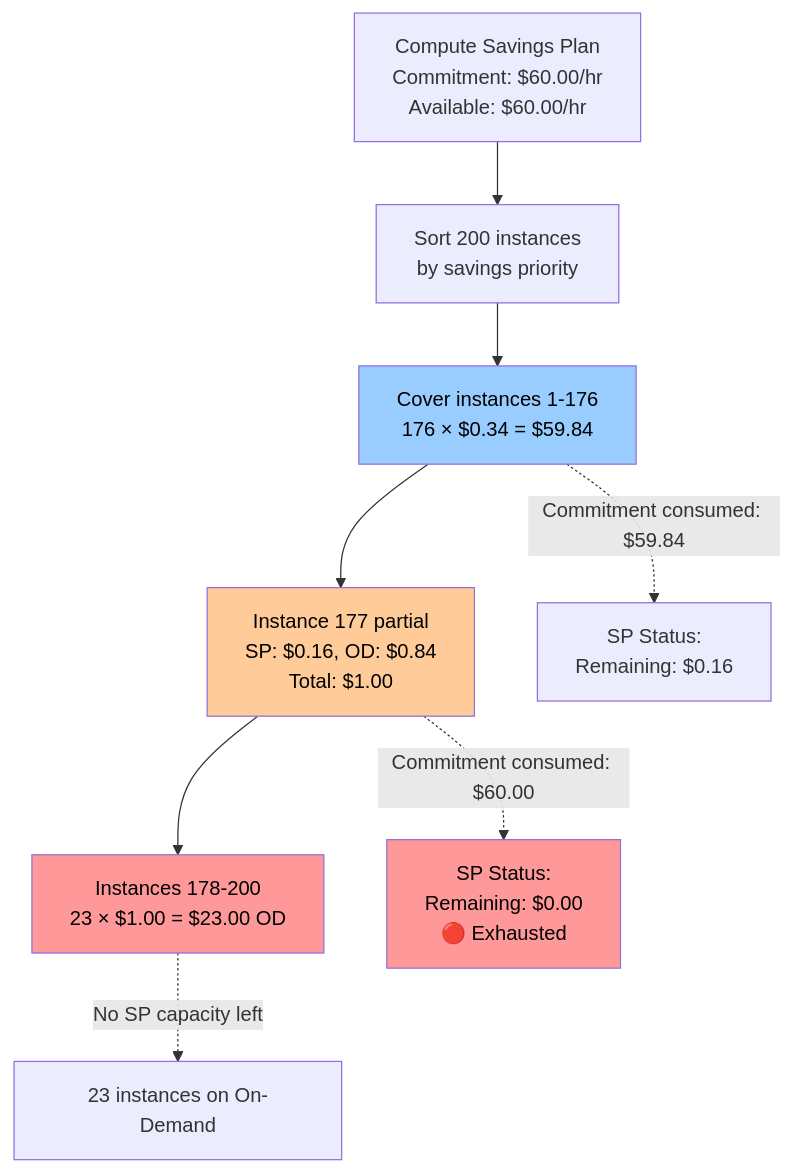
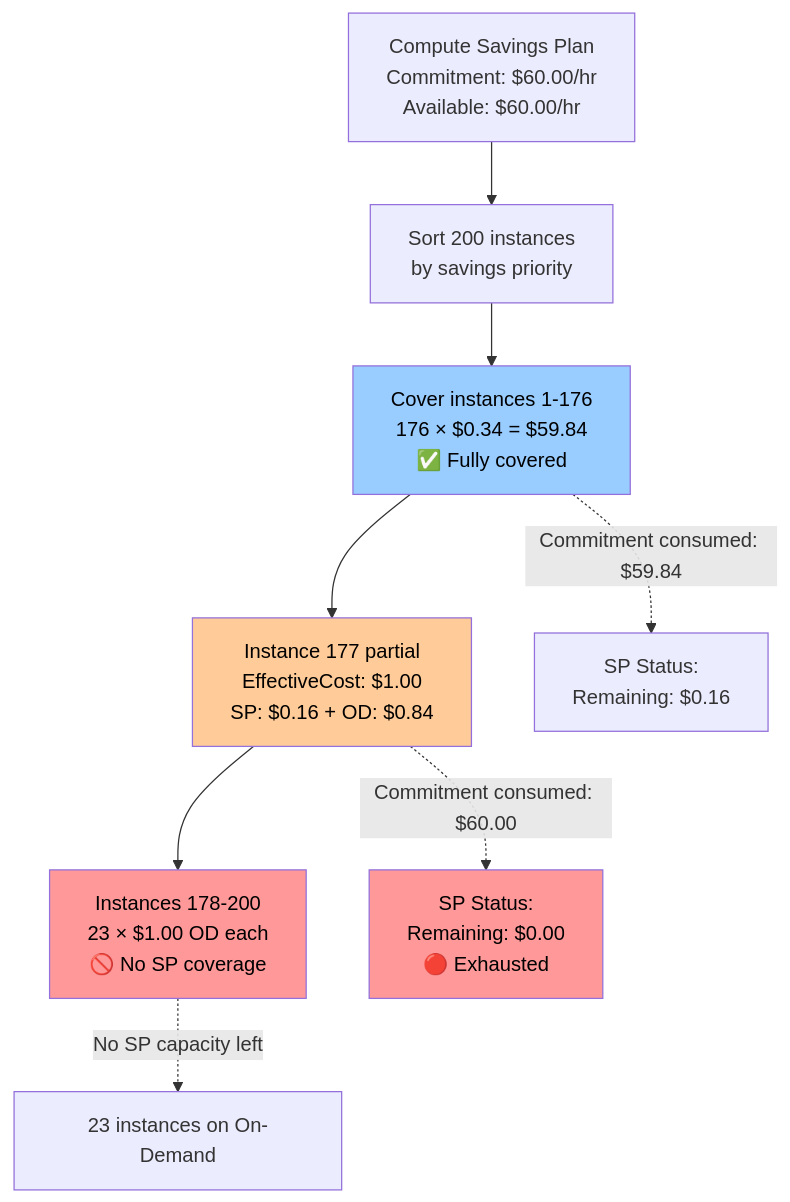
One commit to Nextdoor/lumina changed the sixth of 8 diagrams in ALGORITHM.md. Above: the diagram before and after it, drawn with Mermaid. The commit also changed other lines of this file, not shown here.

First line of the commit message:
docs(algorithm): clarify EffectiveCost in partial coverage example

````diff
--- a/ALGORITHM.md
+++ b/ALGORITHM.md
@@ -330,21 +330,21 @@
 ```mermaid
 graph TD
     Start[Compute Savings Plan<br/>Commitment: $60.00/hr<br/>Available: $60.00/hr] --> Sort[Sort 200 instances<br/>by savings priority]
 
-    Sort --> Phase1[Cover instances 1-176<br/>176 × $0.34 = $59.84]
-    Phase1 --> Phase2[Instance 177 partial<br/>SP: $0.16, OD: $0.84<br/>Total: $1.00]
-    Phase2 --> Phase3[Instances 178-200<br/>23 × $1.00 = $23.00 OD]
+    Sort --> Phase1[Cover instances 1-176<br/>176 × $0.34 = $59.84<br/>✅ Fully covered]
+    Phase1 --> Phase2[Instance 177 partial<br/>EffectiveCost: $1.00<br/>SP: $0.16 + OD: $0.84]
+    Phase2 --> Phase3[Instances 178-200<br/>23 × $1.00 OD each<br/>🚫 No SP coverage]
 
     Phase1 -.->|Commitment consumed: $59.84| Status1
     Phase2 -.->|Commitment consumed: $60.00| Status2
     Phase3 -.->|No SP capacity left| Status3
 
     Status1[SP Status:<br/>Remaining: $0.16]
     Status2[SP Status:<br/>Remaining: $0.00<br/>🔴 Exhausted]
     Status3[23 instances on On-Demand]
 
     style Phase1 fill:#99ccff,color:#000
     style Phase2 fill:#ffcc99,color:#000
     style Phase3 fill:#ff9999,color:#000
     style Status2 fill:#ff9999,color:#000
 ```
````
